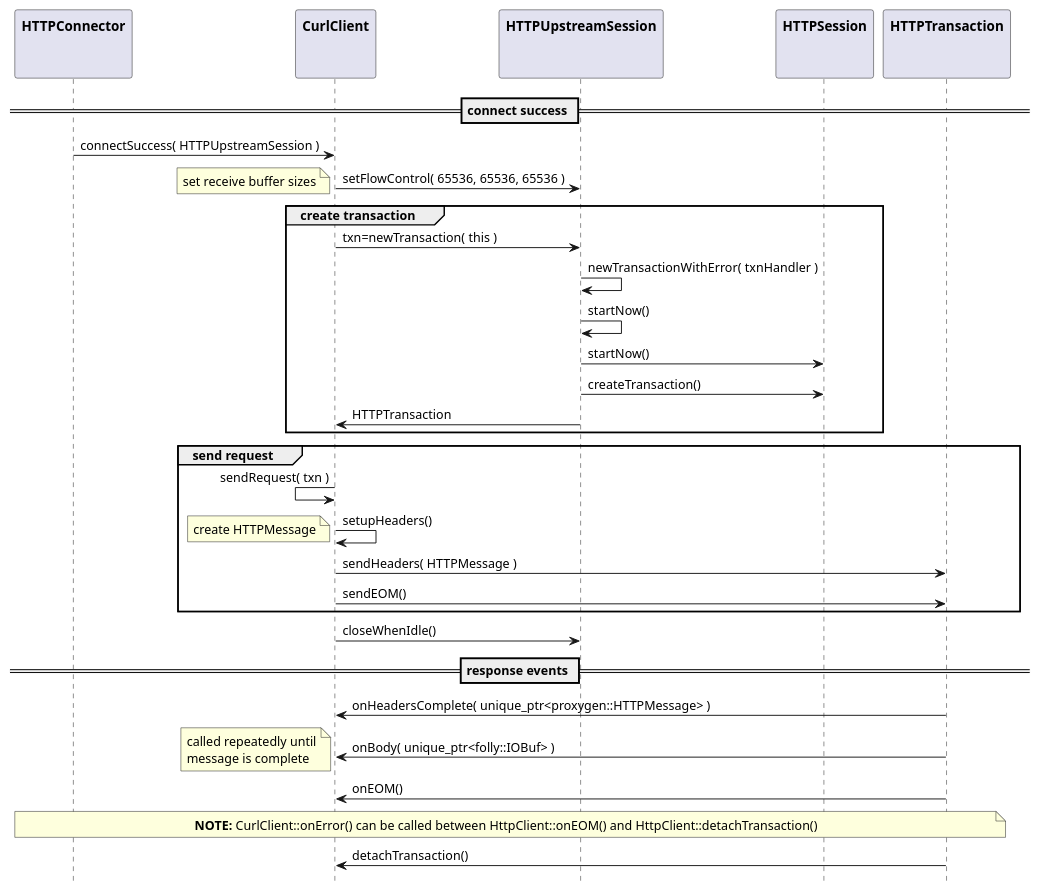
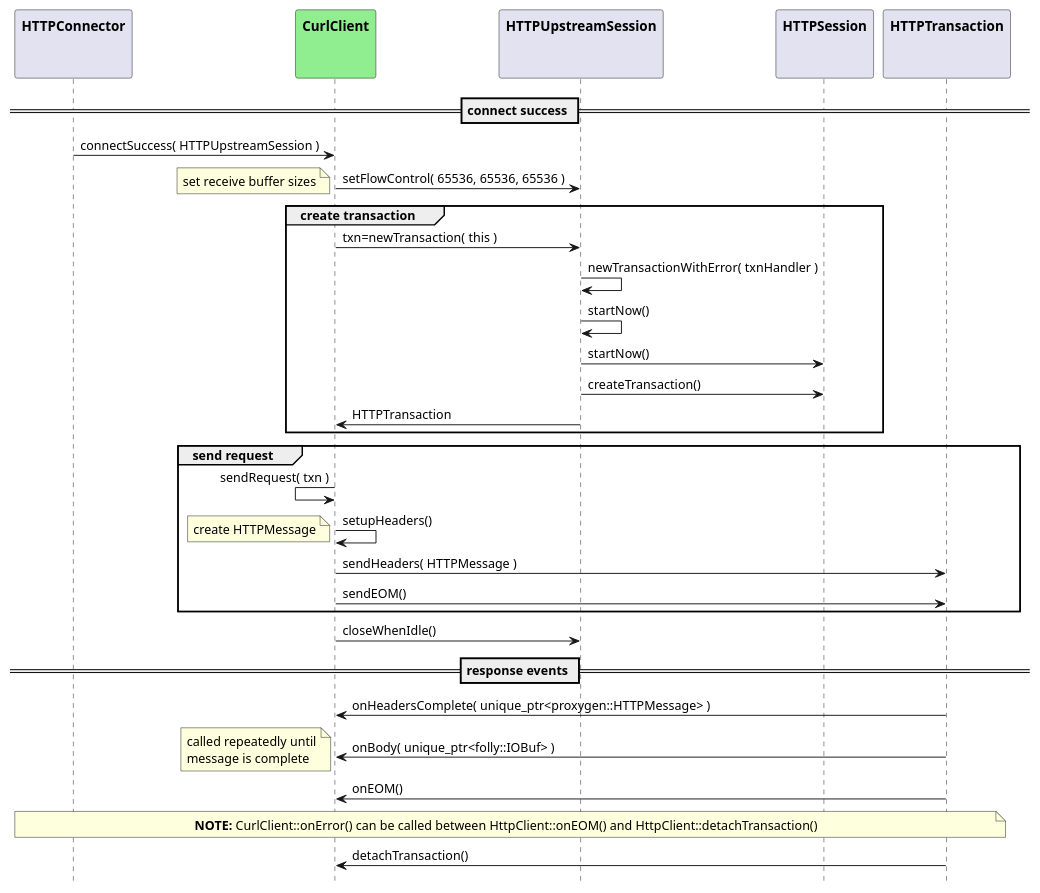
Before and after one commit to patrickhallinan/hello-proxygen: the second of 3 diagrams in doc/proxygen-curl-sample.adoc, drawn with PlantUML. The commit also changed other lines of this file and 8 other files, not shown here.

```diff
--- a/doc/proxygen-curl-sample.adoc
+++ b/doc/proxygen-curl-sample.adoc
@@ -83,54 +83,54 @@
 [plantuml, "proxygen-curl-get-seq.puml", svg]
 ----
 hide footbox
 
 participant "**HTTPConnector**\n\n" as HTTPConnector
-participant "**CurlClient**\n\n" as CurlClient
+participant "**CurlClient**\n\n" as CurlClient #LightGreen
 participant "**HTTPUpstreamSession**\n\n" as HTTPUpstreamSession
 participant "**HTTPSession**\n\n" as HTTPSession
 participant "**HTTPTransaction**\n\n" as HTTPTransaction
 
 
 == connect success ==
 
 HTTPConnector -> CurlClient : connectSuccess( HTTPUpstreamSession )
 CurlClient -> HTTPUpstreamSession : setFlowControl( 65536, 65536, 65536 )
 note left: set receive buffer sizes
 
 group create transaction
     CurlClient -> HTTPUpstreamSession : txn=newTransaction( this )
     HTTPUpstreamSession -> HTTPUpstreamSession : newTransactionWithError( txnHandler )
     HTTPUpstreamSession -> HTTPUpstreamSession : startNow()
     HTTPUpstreamSession -> HTTPSession : startNow()
     HTTPUpstreamSession -> HTTPSession : createTransaction()
     HTTPUpstreamSession -> CurlClient : HTTPTransaction
 end group
 
 group send request
     CurlClient <- CurlClient : sendRequest( txn )
     CurlClient -> CurlClient : setupHeaders()
     note left: create HTTPMessage
     CurlClient -> HTTPTransaction : sendHeaders( HTTPMessage )
     CurlClient -> HTTPTransaction : sendEOM()
 end group
 
 CurlClient -> HTTPUpstreamSession : closeWhenIdle()
 
 == response events ==
 
 HTTPTransaction -> CurlClient : onHeadersComplete( unique_ptr<proxygen::HTTPMessage> )
 
 HTTPTransaction -> CurlClient : onBody( unique_ptr<folly::IOBuf> )
 note left
     called repeatedly until
     message is complete
 end note
 
 HTTPTransaction -> CurlClient : onEOM()
 note across
     **NOTE:** CurlClient::onError() can be called between HttpClient::onEOM() and HttpClient::detachTransaction()
 end note
 
 HTTPTransaction -> CurlClient : detachTransaction()
 
 ----
```
